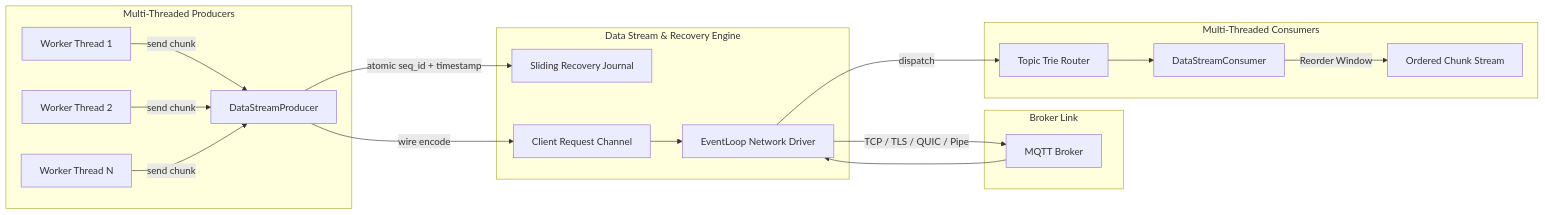
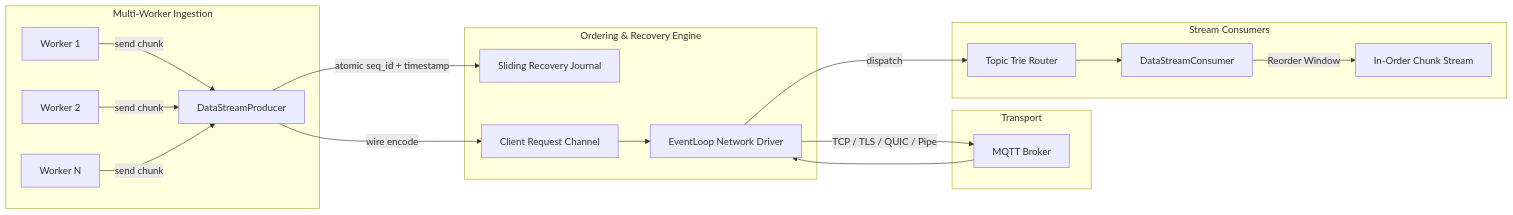
Before and after one commit to FaezBarghasa/mqtt-async-embedded: the diagram in docs/design_brief.md, drawn with Mermaid. The commit also changed other lines of this file and 6 other files, not shown here.

Commit message:
docs: refactor and update project documentation to reflect architectural refinements and platform support matrix

````diff
--- a/docs/design_brief.md
+++ b/docs/design_brief.md
@@ -28,25 +28,25 @@
 ```mermaid
 flowchart LR
-    subgraph MultiThreadProducers [Multi-Threaded Producers]
-        T1[Worker Thread 1] -->|send chunk| P[DataStreamProducer]
-        T2[Worker Thread 2] -->|send chunk| P
-        T3[Worker Thread N] -->|send chunk| P
+    subgraph MultiProducers [Multi-Worker Ingestion]
+        T1[Worker 1] -->|send chunk| P[DataStreamProducer]
+        T2[Worker 2] -->|send chunk| P
+        T3[Worker N] -->|send chunk| P
     end
 
-    subgraph DataStreamEngine [Data Stream & Recovery Engine]
+    subgraph StreamEngine [Ordering & Recovery Engine]
         P -->|atomic seq_id + timestamp| J[Sliding Recovery Journal]
         P -->|wire encode| Q[Client Request Channel]
         Q --> EL[EventLoop Network Driver]
     end
 
-    subgraph Network [Broker Link]
+    subgraph NetworkLink [Transport]
         EL -->|TCP / TLS / QUIC / Pipe| B[MQTT Broker]
     end
 
-    subgraph Consumers [Multi-Threaded Consumers]
+    subgraph Consumers [Stream Consumers]
         B --> EL
         EL -->|dispatch| TR[Topic Trie Router]
         TR --> CS[DataStreamConsumer]
-        CS -->|Reorder Window| OB[Ordered Chunk Stream]
+        CS -->|Reorder Window| OB[In-Order Chunk Stream]
     end
 ```
````
